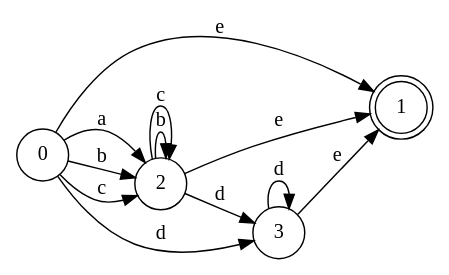
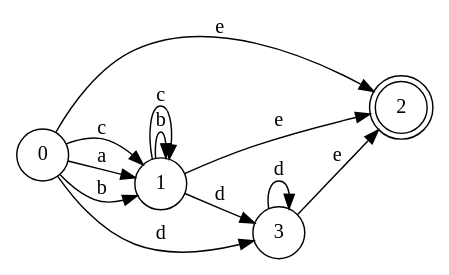
Before and after one commit to Jose-Merida-UVG/Compilers-1-CC3071: the diagram in out/DFA_regex3.DOT, drawn with Graphviz. The commit also changed 16 other files, not shown here.

```diff
--- a/out/DFA_regex3.DOT
+++ b/out/DFA_regex3.DOT
@@ -1,19 +1,19 @@
 digraph "graph" {
 	rankdir=LR size = "8,5"
 	node[shape=circle]
 	15 [label=0]
-	17 [label=1][shape=doublecircle]
-	15 -> 17 [label="e"]
-	18 [label=2]
+	18 [label=1]
+	17 [label=2][shape=doublecircle]
+	18 -> 17 [label="e"]
 	18 -> 18 [label="b"]
 	18 -> 18 [label="c"]
 	16 [label=3]
 	16 -> 17 [label="e"]
 	16 -> 16 [label="d"]
 	18 -> 16 [label="d"]
-	18 -> 17 [label="e"]
 	15 -> 18 [label="a"]
 	15 -> 18 [label="b"]
 	15 -> 18 [label="c"]
 	15 -> 16 [label="d"]
+	15 -> 17 [label="e"]
 }
```
